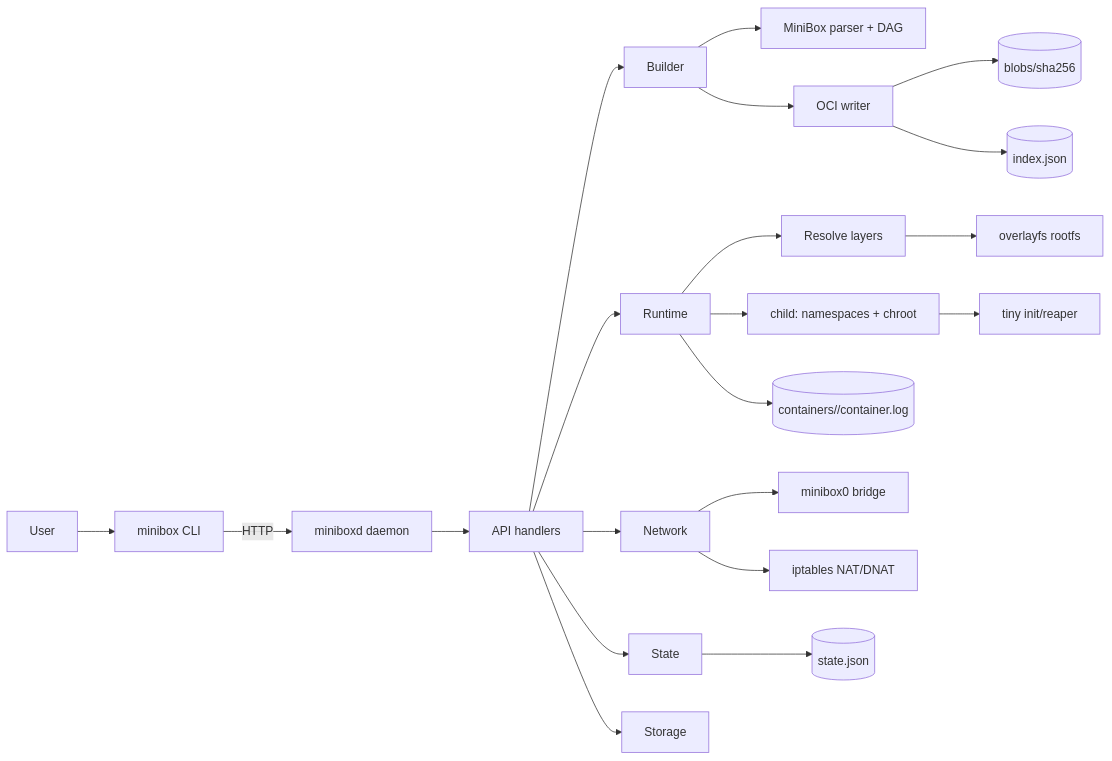
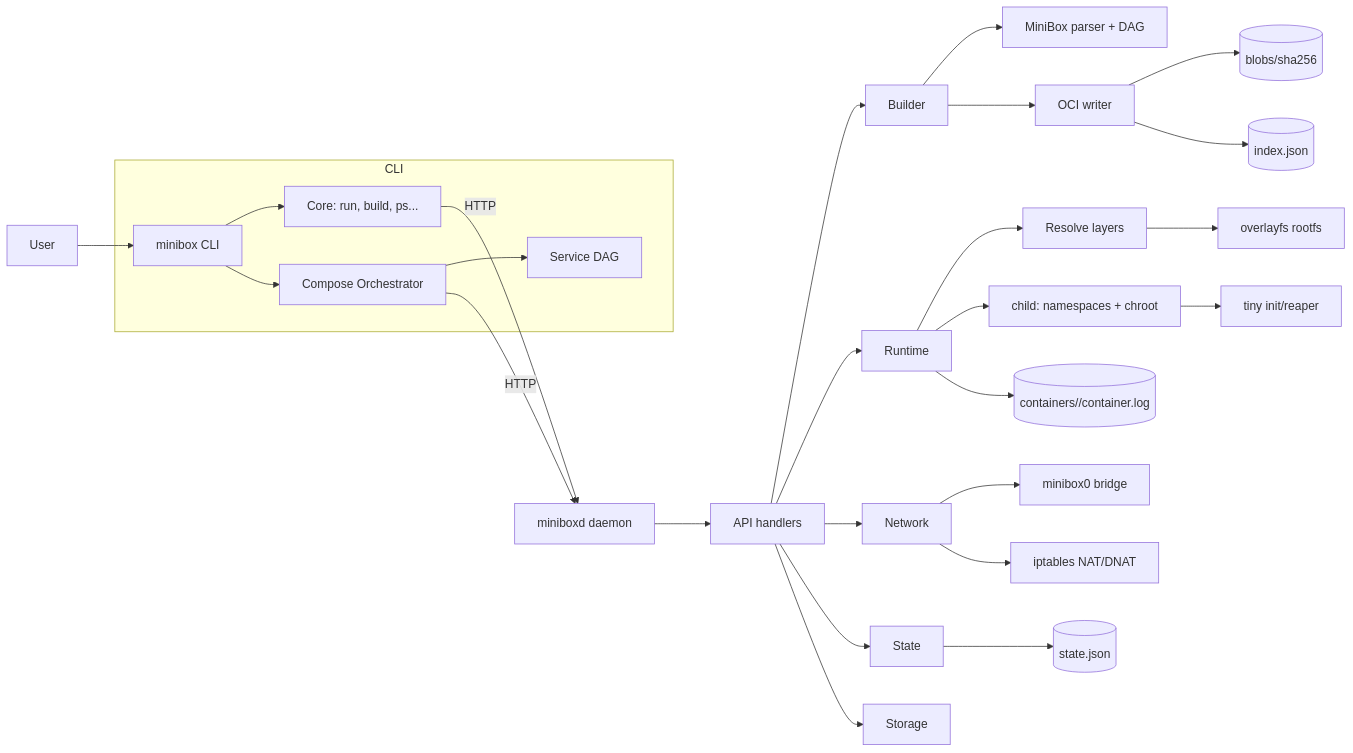
One commit to chaitu426/minibox changed the diagram in README.md. Above: the diagram before and after it, drawn with Mermaid. The commit also changed other lines of this file and 29 other files, not shown here.

````diff
--- a/README.md
+++ b/README.md
@@ -53,28 +53,35 @@
 ```mermaid
 flowchart LR
   U[User] --> CLI[minibox CLI]
-  CLI -->|HTTP| D[miniboxd daemon]
+
+  subgraph CLI_Logic [CLI]
+    CLI --> CORE[Core: run, build, ps...]
+    CLI --> COMP[Compose Orchestrator]
+    COMP --> CDAG[Service DAG]
+  end
+
+  CORE & COMP -->|HTTP| D[miniboxd daemon]
 
   D --> API[API handlers]
   API --> B[Builder]
   API --> R[Runtime]
   API --> N[Network]
   API --> ST[State]
   API --> S[Storage]
 
   B --> MB[MiniBox parser + DAG]
   B --> OCI[OCI writer]
   OCI --> BLOBS[(blobs/sha256)]
   OCI --> INDEX[(index.json)]
 
   R --> L[Resolve layers]
   L --> ROOTFS[overlayfs rootfs]
   R --> CHILD[child: namespaces + chroot]
   CHILD --> INIT[tiny init/reaper]
 
   N --> BR[minibox0 bridge]
   N --> IPT[iptables NAT/DNAT]
 
   ST --> STATE[(state.json)]
   R --> LOGS[(containers/<id>/container.log)]
 ```
````
